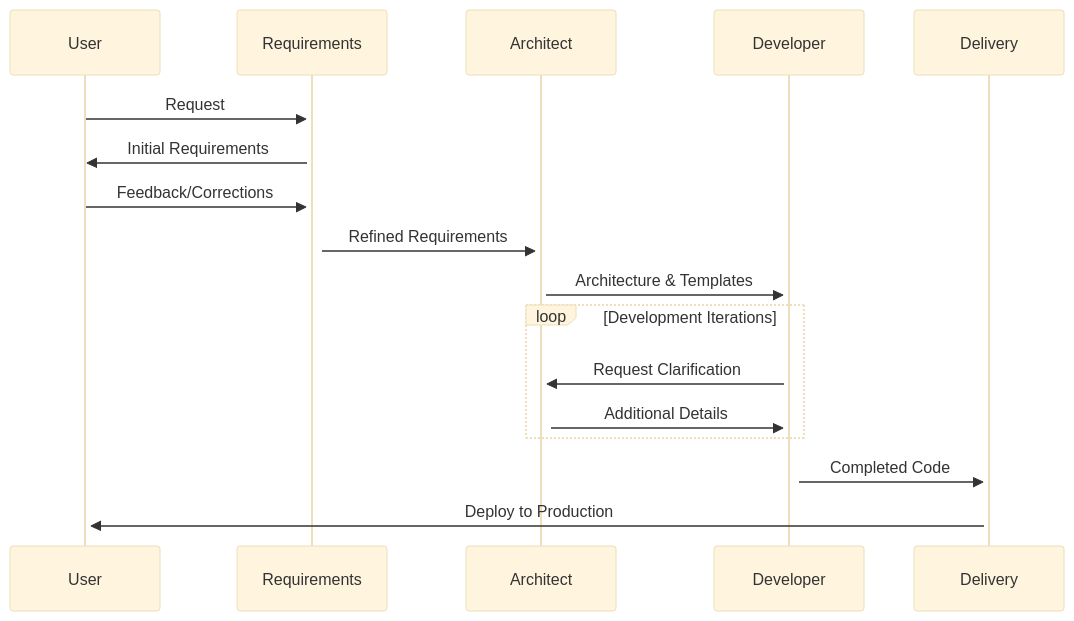
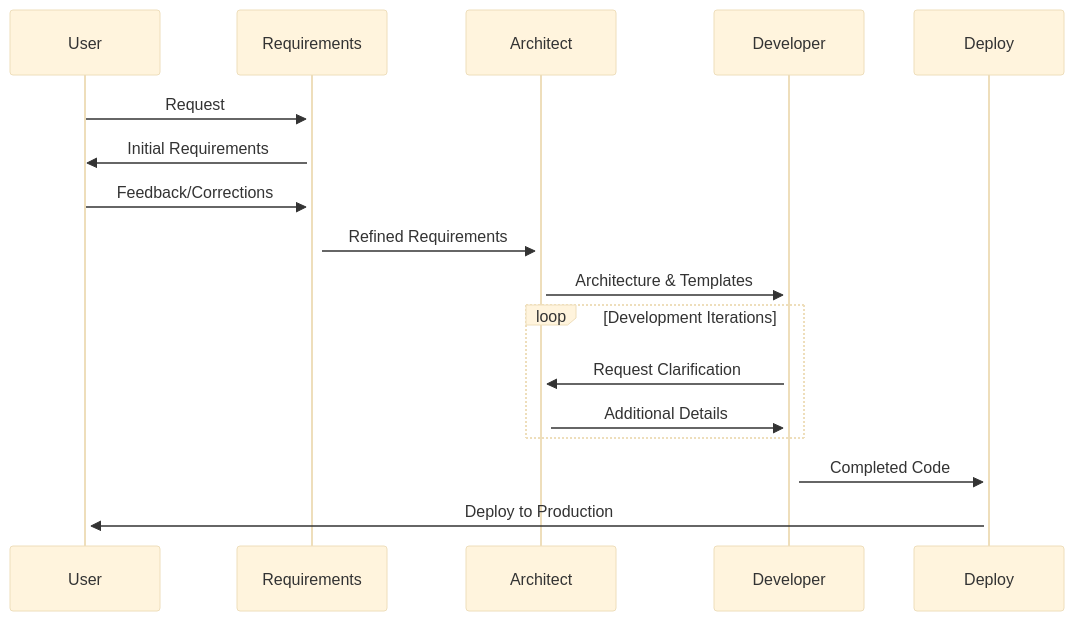
One commit to Significant-Gravitas/AutoGPT-Code-Ability changed the third of 4 diagrams in README.md. Above: the diagram before and after it, drawn with Mermaid (base theme). The commit also changed other lines of this file and 8 other files, not shown here.

Commit message:
Renamned delivery to deploy

````diff
--- a/README.md
+++ b/README.md
@@ -132,20 +132,20 @@
 ```mermaid
 sequenceDiagram
     participant User
     participant Requirements
     participant Architect
     participant Developer
-    participant Delivery
+    participant Deploy
 
     User->>+Requirements: Request
     Requirements->>User: Initial Requirements
     User->>+Requirements: Feedback/Corrections
     Requirements->>+Architect: Refined Requirements
     Architect->>+Developer: Architecture & Templates
     loop Development Iterations
         Developer->>+Architect: Request Clarification
         Architect->>+Developer: Additional Details
     end
-    Developer->>+Delivery: Completed Code
-    Delivery->>+User: Deploy to Production
+    Developer->>+Deploy: Completed Code
+    Deploy->>+User: Deploy to Production
 ```
````
